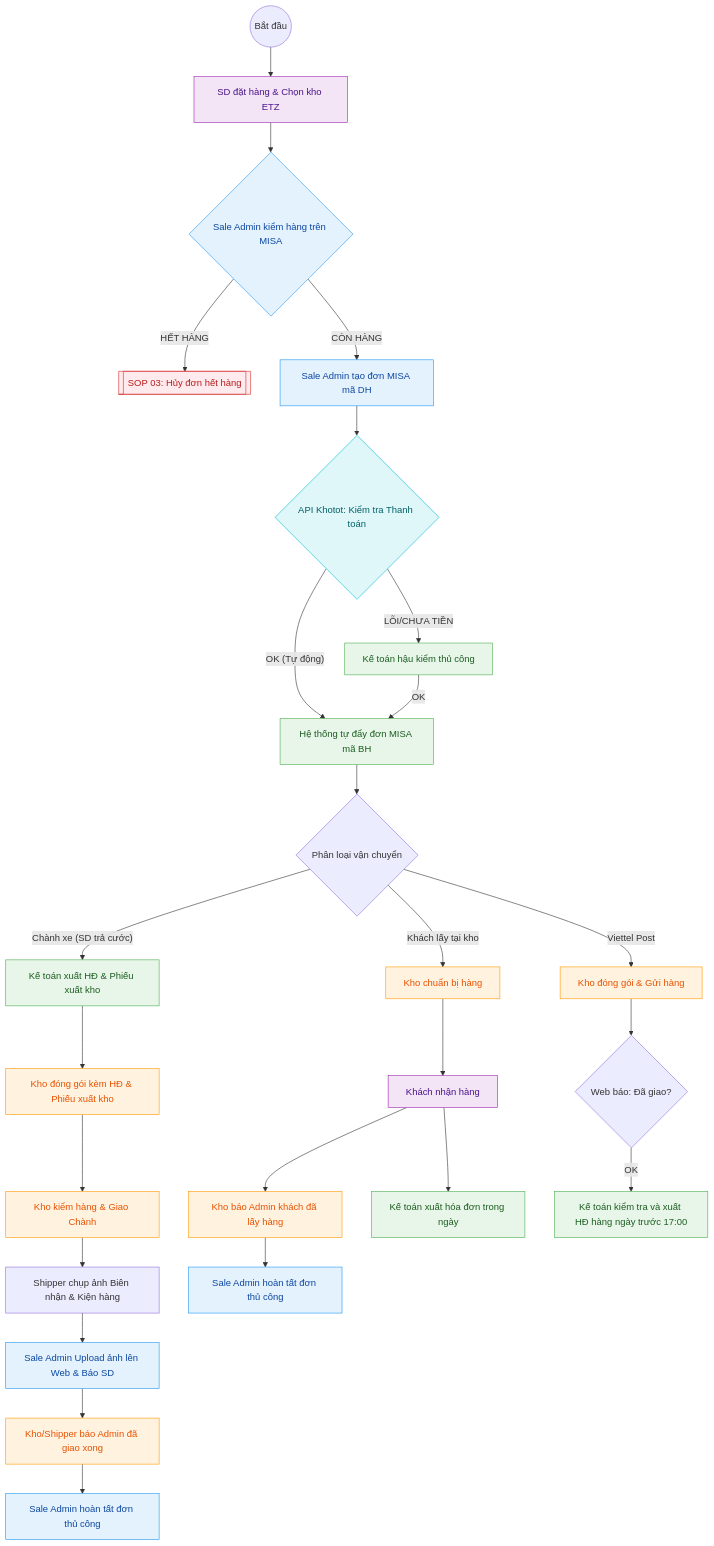
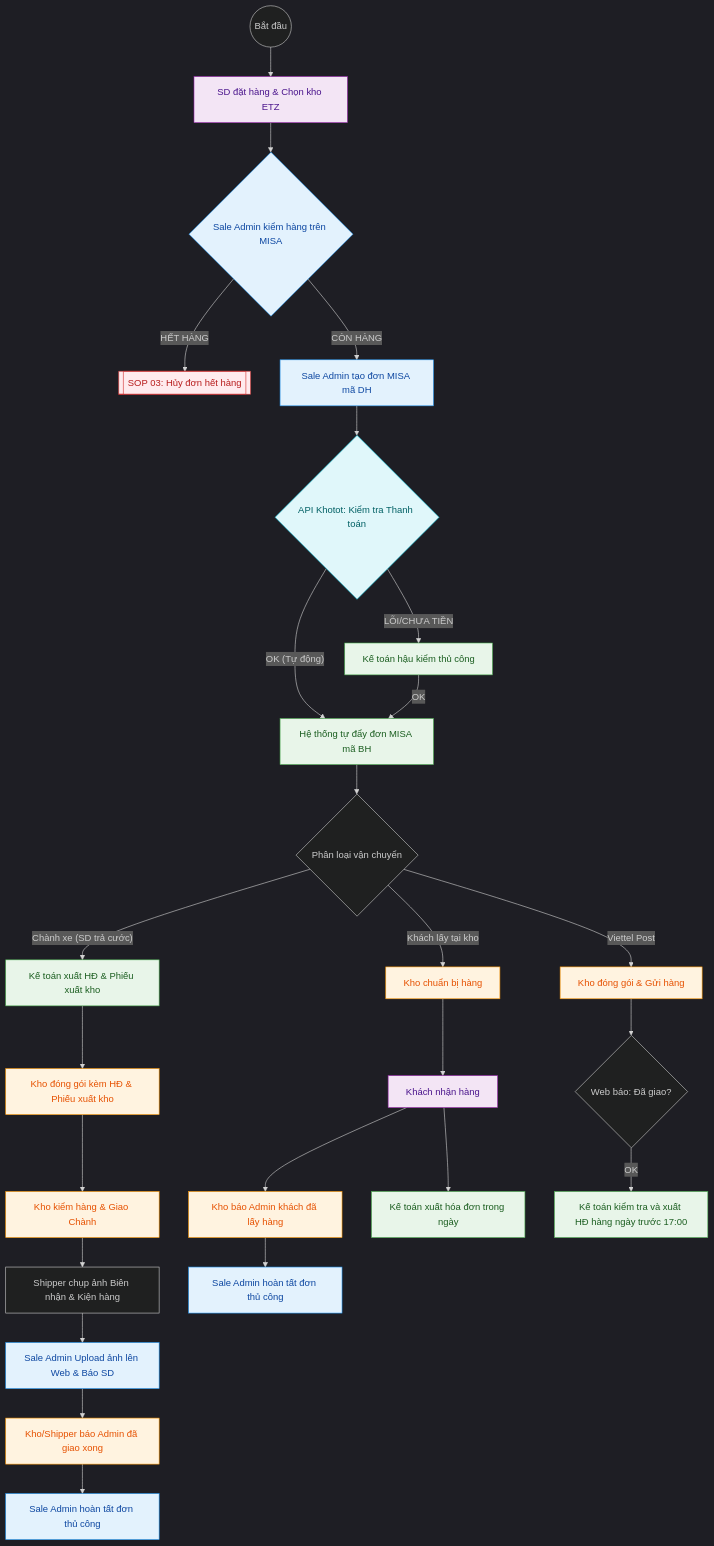
One commit to babaduoc/digitalgarden changed the diagram in src/site/notes/01_TONG_QUAN_LY_DU_AN/2_PHONG_VAN_HANH/SOP_2.0_Xu_Ly_Don_Hang_Chuan 2.md. Above: the diagram before and after it, drawn with Mermaid. The commit also changed 2 other files, not shown here.

Commit message:
Published multiple files

````diff
--- a/src/site/notes/01_TONG_QUAN_LY_DU_AN/2_PHONG_VAN_HANH/SOP_2.0_Xu_Ly_Don_Hang_Chuan 2.md
+++ b/src/site/notes/01_TONG_QUAN_LY_DU_AN/2_PHONG_VAN_HANH/SOP_2.0_Xu_Ly_Don_Hang_Chuan 2.md
@@ -22,55 +22,56 @@
 ```mermaid
+%%{init: {'theme': 'dark', 'themeVariables': { 'background': 'transparent'}}}%%
 graph TD
     %% Định nghĩa màu tương phản cao %%
     classDef sd fill:#F3E5F5,stroke:#9C27B0,color:#4A148C;
     classDef sale_admin fill:#E3F2FD,stroke:#2196F3,color:#0D47A1;
     classDef acc fill:#E8F5E9,stroke:#4CAF50,color:#1B5E20;
     classDef wh fill:#FFF3E0,stroke:#FF9800,color:#E65100;
     classDef error fill:#FFEBEE,stroke:#D32F2F,color:#B71C1C;
     classDef system fill:#E0F7FA,stroke:#00BCD4,color:#006064;
 
     Start((Bắt đầu)) --> SD_Order[SD đặt hàng & Chọn kho ETZ]
     
     %% Vai trò Sale Admin %%
     SD_Order --> SaleAdmin_Check{Sale Admin kiểm hàng trên MISA}
     
     SaleAdmin_Check -- "HẾT HÀNG" --> OutOfStock[["SOP 03: Hủy đơn hết hàng"]]
     click OutOfStock "/01-tong-quan-ly-du-an/2-phong-van-hanh/sop-3-huy-don-het-hang/"
     SaleAdmin_Check -- "CÒN HÀNG" --> SaleAdmin_DH[Sale Admin tạo đơn MISA mã DH]
     SaleAdmin_DH --> API_Check{API Khotot: Kiểm tra Thanh toán}
 
     %% Tự động hóa (Hệ thống) %%
     API_Check -- "OK (Tự động)" --> Acc_BH[Hệ thống tự đẩy đơn MISA mã BH]
     API_Check -- "LỖI/CHƯA TIỀN" --> Acc_Manual[Kế toán hậu kiểm thủ công]
     Acc_Manual -- OK --> Acc_BH
     
     Acc_BH --> Ship_Type{Phân loại vận chuyển}
 
     %% Nhánh Chành xe %%
     Ship_Type -- "Chành xe (SD trả cước)" --> Acc_Inv_1[Kế toán xuất HĐ & Phiếu xuất kho]
     Acc_Inv_1 --> WH_Pack_1[Kho đóng gói kèm HĐ & Phiếu xuất kho]
     WH_Pack_1 --> WH_Check[Kho kiểm hàng & Giao Chành]
     WH_Check --> WH_Photo[Shipper chụp ảnh Biên nhận & Kiện hàng]
     WH_Photo --> Admin_Upload[Sale Admin Upload ảnh lên Web & Báo SD]
     Admin_Upload --> WH_Confirm[Kho/Shipper báo Admin đã giao xong]
     WH_Confirm --> Admin_Finish_1[Sale Admin hoàn tất đơn thủ công]
 
     %% Nhánh Tại kho %%
     Ship_Type -- Khách lấy tại kho --> WH_Pack_2[Kho chuẩn bị hàng]
     WH_Pack_2 --> SD_Pick[Khách nhận hàng]
     SD_Pick --> WH_Confirm_2[Kho báo Admin khách đã lấy hàng]
     WH_Confirm_2 --> Admin_Finish_2[Sale Admin hoàn tất đơn thủ công]
     SD_Pick --> Acc_Inv_2[Kế toán xuất hóa đơn trong ngày]
 
     %% Nhánh Viettel Post %%
     Ship_Type -- Viettel Post --> WH_Pack_3[Kho đóng gói & Gửi hàng]
     WH_Pack_3 --> API_Delivered{Web báo: Đã giao?}
     API_Delivered -- OK --> Acc_Inv_3[Kế toán kiểm tra và xuất HĐ hàng ngày trước 17:00]
 
     class SD_Order,SD_Pick sd;
     class SaleAdmin_Check,SaleAdmin_DH,Admin_Upload,Admin_Finish_1,Admin_Finish_2 sale_admin;
     class Acc_BH,Acc_Manual,Acc_Inv_1,Acc_Inv_2,Acc_Inv_3 acc;
     class WH_Pack_1,WH_Pack_2,WH_Pack_3,WH_Check,WH_Confirm,WH_Confirm_2 wh;
     class OutOfStock error;
     class API_Check system;
 ```
````
